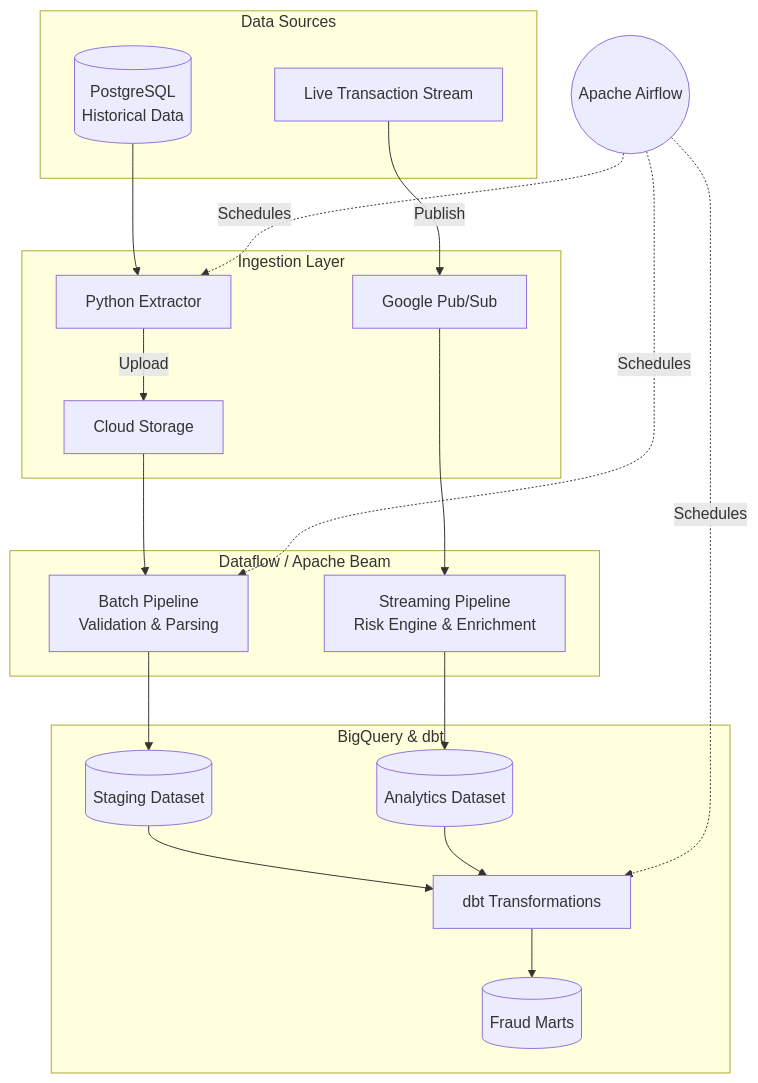
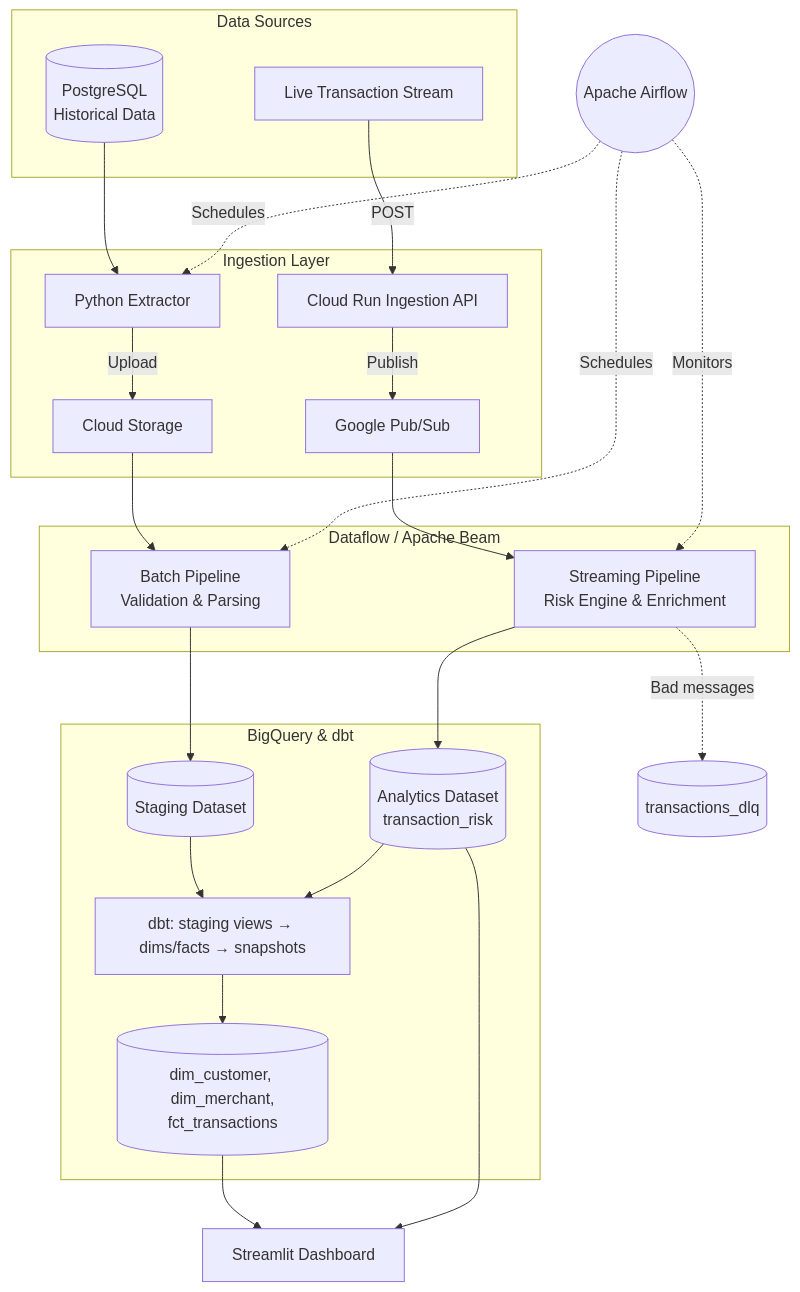
The diagram in README.md (iamdpsingh/Project-4-Financial-Risk-Fraud-Detection-Data-Platform), drawn with Mermaid before and after one commit. The commit also changed other lines of this file, not shown here.

````diff
--- a/README.md
+++ b/README.md
@@ -22,42 +39,49 @@
 ```mermaid
 graph TD
     %% Data Sources
     subgraph Sources [Data Sources]
         PG[(PostgreSQL<br>Historical Data)]
         Stream[Live Transaction Stream]
     end
 
     %% Ingestion Layer
     subgraph Ingestion [Ingestion Layer]
         Extract[Python Extractor]
+        API[Cloud Run Ingestion API]
         PS[Google Pub/Sub]
         Extract -->|Upload| GCS[Cloud Storage]
-        Stream -->|Publish| PS
+        Stream -->|POST| API
+        API -->|Publish| PS
     end
     PG --> Extract
 
     %% Processing Layer
     subgraph Processing [Dataflow / Apache Beam]
         BatchPipe[Batch Pipeline<br>Validation & Parsing]
         StreamPipe[Streaming Pipeline<br>Risk Engine & Enrichment]
     end
     GCS --> BatchPipe
     PS --> StreamPipe
+    StreamPipe -.->|Bad messages| DLQ[(transactions_dlq)]
 
     %% Storage & Modeling Layer
     subgraph Storage [BigQuery & dbt]
         Staging[(Staging Dataset)]
-        Analytics[(Analytics Dataset)]
-        DBT[dbt Transformations]
+        Analytics[(Analytics Dataset<br>transaction_risk)]
+        DBT[dbt: staging views → dims/facts → snapshots]
         Staging --> DBT
         Analytics --> DBT
-        DBT --> Marts[(Fraud Marts)]
+        DBT --> Marts[(dim_customer, dim_merchant,<br>fct_transactions)]
     end
     BatchPipe --> Staging
     StreamPipe --> Analytics
 
+    %% Serving
+    Marts --> Dash[Streamlit Dashboard]
+    Analytics --> Dash
+
     %% Orchestration
     Airflow((Apache Airflow)) -.->|Schedules| Extract
     Airflow -.->|Schedules| BatchPipe
-    Airflow -.->|Schedules| DBT
+    Airflow -.->|Monitors| StreamPipe
 ```
````
